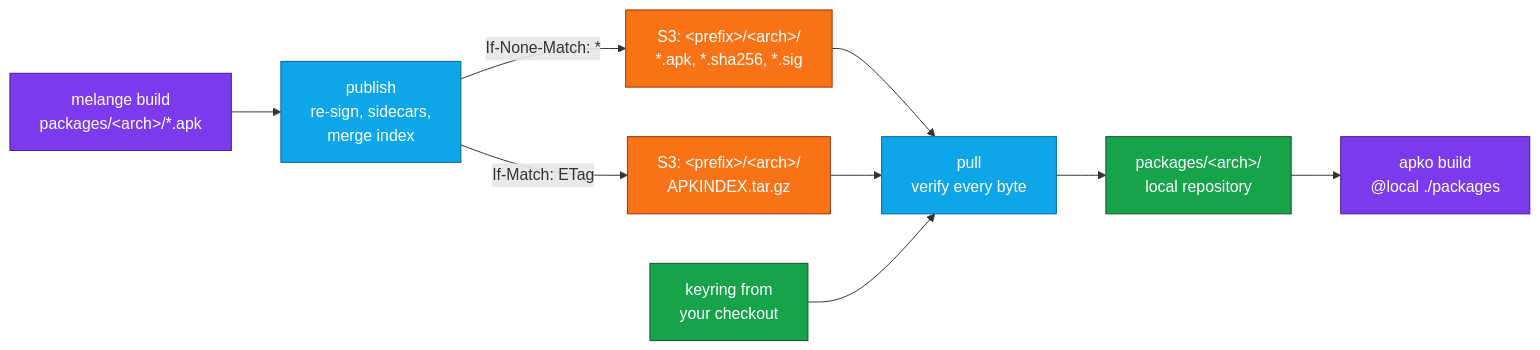
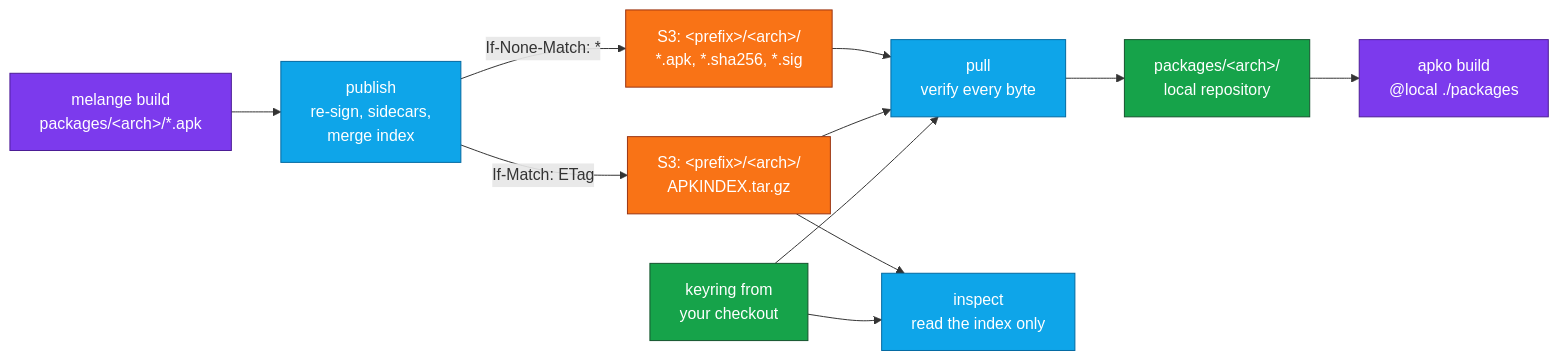
Before and after one commit to juburr/apk-repo-orb: the diagram in README.md, drawn with Mermaid. The commit also changed other lines of this file and 17 other files, not shown here.

````diff
--- a/README.md
+++ b/README.md
@@ -68,20 +68,22 @@
 ```mermaid
 flowchart LR
     melange["melange build<br/>packages/&lt;arch&gt;/*.apk"] --> publish["publish<br/>re-sign, sidecars,<br/>merge index"]
     publish -- "If-None-Match: *" --> objects["S3: &lt;prefix&gt;/&lt;arch&gt;/<br/>*.apk, *.sha256, *.sig"]
     publish -- "If-Match: ETag" --> index["S3: &lt;prefix&gt;/&lt;arch&gt;/<br/>APKINDEX.tar.gz"]
     objects --> pull["pull<br/>verify every byte"]
     index --> pull
     keyring["keyring from<br/>your checkout"] --> pull
     pull --> local["packages/&lt;arch&gt;/<br/>local repository"]
     local --> apko["apko build<br/>@local ./packages"]
+    index --> inspect["inspect<br/>read the index only"]
+    keyring --> inspect
 
     classDef tool fill:#7C3AED,stroke:#4C1D95,color:#FFFFFF
     classDef orb fill:#0EA5E9,stroke:#0369A1,color:#FFFFFF
     classDef store fill:#F97316,stroke:#9A3412,color:#FFFFFF
     classDef good fill:#16A34A,stroke:#14532D,color:#FFFFFF
     class melange,apko tool
-    class publish,pull orb
+    class publish,pull,inspect orb
     class objects,index store
     class keyring,local good
 ```
````
